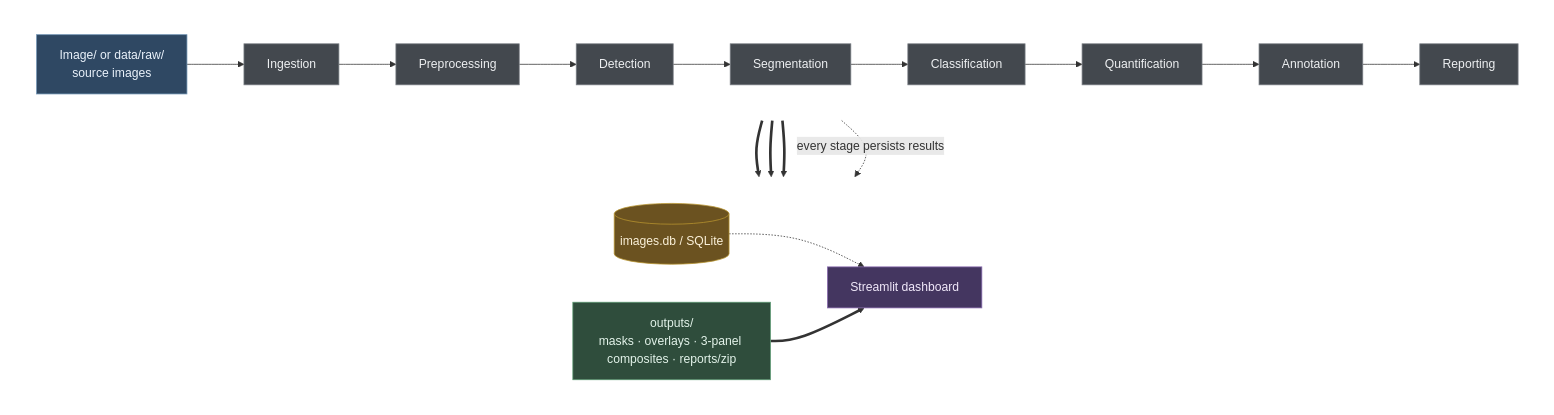
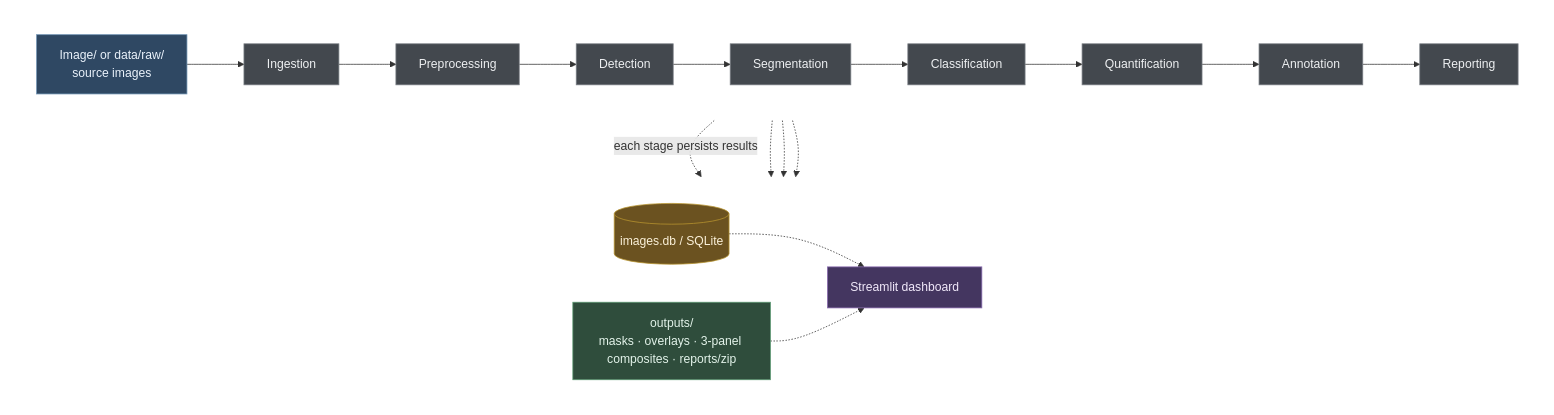
The diagram in README.md (djimrastephane/GP_Screens_Analysis), drawn with Mermaid before and after one commit. The commit also changed other lines of this file, not shown here.

Commit message:
Simplify diagram edges to what GitHub's Mermaid actually renders
Two more issues found by re-screenshotting after the last fix:
1. SEG/ANN/REP ==> OUT (thick arrows) silently failed to render at
   all — no visible edge into the outputs/ node, not even off-canvas.
2. The ROW1 -.-> DB subgraph-to-node edge rendered as a strange
   bundled multi-line cluster instead of one clean arrow.

Replaced both with plain node-to-node -.-> edges (single source node
"Ingestion" carries the "each stage persists results" label; SEG,
ANN, REP each get their own plain dotted edge to outputs/) — the same
edge style already proven to render correctly for DB -.-> APP and
OUT -.-> APP. Dropped the three-tier solid/dotted/thick distinction
in favour of two tiers (solid = flow, dotted = everything else),
disambiguated by destination node colour (gold DB vs green outputs/)
instead, and updated the legend text to match.

````diff
--- a/README.md
+++ b/README.md
@@ -48,32 +48,32 @@
 ```mermaid
 flowchart TB
     classDef input fill:#2f4863,stroke:#6f93b3,color:#eaf2fb,stroke-width:1px;
     classDef stage fill:#43484e,stroke:#7a7f85,color:#eef0f2,stroke-width:1px;
     classDef storage fill:#6b5220,stroke:#b8952f,color:#fbf1d9,stroke-width:1px;
     classDef artifact fill:#2f4d3c,stroke:#5c9a72,color:#e3f3ea,stroke-width:1px;
     classDef dash fill:#443660,stroke:#8a6bb0,color:#f1e9fa,stroke-width:1px;
 
     subgraph ROW1[" "]
         direction LR
         IMG["Image/ or data/raw/<br/>source images"]:::input --> ING[Ingestion]:::stage --> PRE[Preprocessing]:::stage --> DET[Detection]:::stage --> SEG[Segmentation]:::stage --> CLS[Classification]:::stage --> QNT[Quantification]:::stage --> ANN[Annotation]:::stage --> REP[Reporting]:::stage
     end
 
     subgraph ROW2[" "]
         direction LR
         DB[("images.db / SQLite")]:::storage
         OUT["outputs/<br/>masks · overlays · 3-panel composites · reports/zip"]:::artifact
         APP["Streamlit dashboard"]:::dash
     end
 
-    ROW1 -. "every stage persists results" .-> DB
+    ING -. "each stage persists results" .-> DB
 
-    SEG ==> OUT
-    ANN ==> OUT
-    REP ==> OUT
+    SEG -.-> OUT
+    ANN -.-> OUT
+    REP -.-> OUT
 
     DB -.-> APP
-    OUT ==> APP
+    OUT -.-> APP
 
     style ROW1 fill:none,stroke:none
     style ROW2 fill:none,stroke:none
 ```
````
